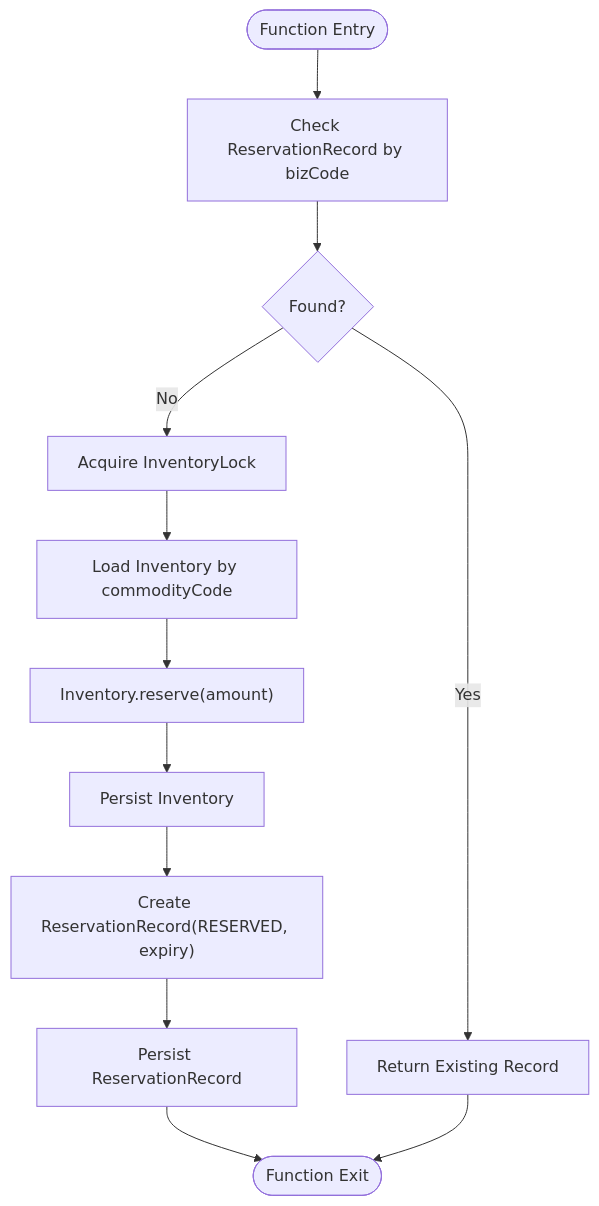
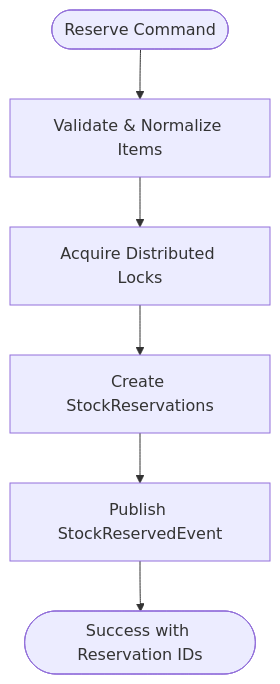
The fifth of 7 diagrams in .qoder/repowiki/en/content/Goods Catalog Module/Inventory Management System/Inventory Management System.md (ddd-mall/j-store), drawn with Mermaid before and after one commit. The commit also changed other lines of this file and 334 other files, not shown here.

````diff
--- a/.qoder/repowiki/en/content/Goods Catalog Module/Inventory Management System/Inventory Management System.md
+++ b/.qoder/repowiki/en/content/Goods Catalog Module/Inventory Management System/Inventory Management System.md
@@ -229,14 +228,8 @@
 ```mermaid
 flowchart TD
-Start([Function Entry]) --> CheckIdempotent["Check ReservationRecord by bizCode"]
-CheckIdempotent --> Found{"Found?"}
-Found --> |Yes| ReturnExisting["Return Existing Record"]
-Found --> |No| AcquireLock["Acquire InventoryLock"]
-AcquireLock --> LoadInv["Load Inventory by commodityCode"]
-LoadInv --> ReserveOp["Inventory.reserve(amount)"]
-ReserveOp --> SaveInv["Persist Inventory"]
-SaveInv --> CreateRec["Create ReservationRecord(RESERVED, expiry)"]
-CreateRec --> SaveRec["Persist ReservationRecord"]
-SaveRec --> End([Function Exit])
-ReturnExisting --> End
+Start([Reserve Command]) --> Validate["Validate & Normalize Items"]
+Validate --> LockPositions["Acquire Distributed Locks"]
+LockPositions --> CreateReservations["Create StockReservations"]
+CreateReservations --> PublishEvent["Publish StockReservedEvent"]
+PublishEvent --> End([Success with Reservation IDs])
 ```
````
